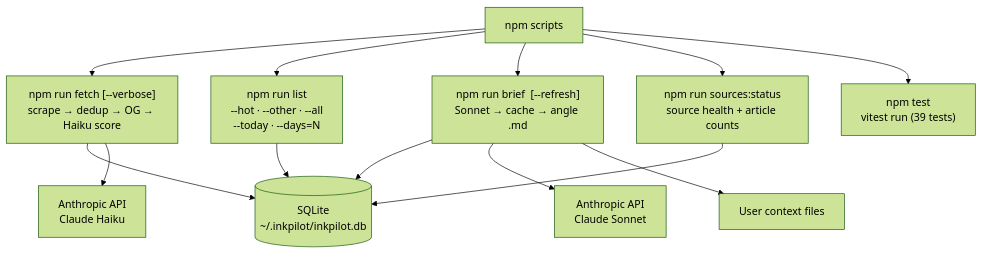
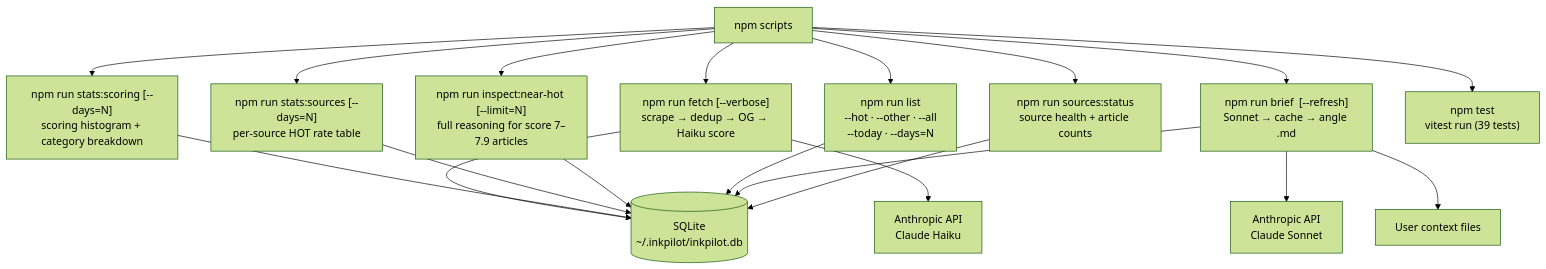
The second of 5 diagrams in PROJECT_OVERVIEW.md (hoanghieu512/InkPilot), drawn with Mermaid (forest theme) before and after one commit. The commit also changed other lines of this file and 11 other files, not shown here.

````diff
--- a/PROJECT_OVERVIEW.md
+++ b/PROJECT_OVERVIEW.md
@@ -148,17 +159,23 @@
 ```mermaid
 flowchart TB
   CLI["npm scripts"]
   CLI --> FETCH["npm run fetch [--verbose]\nscrape → dedup → OG → Haiku score"]
   CLI --> LIST["npm run list\n--hot · --other · --all\n--today · --days=N"]
   CLI --> BRIEF["npm run brief <id> [--refresh]\nSonnet → cache → angle .md"]
   CLI --> STATUS["npm run sources:status\nsource health + article counts"]
+  CLI --> STATS_S["npm run stats:scoring [--days=N]\nscoring histogram + category breakdown"]
+  CLI --> STATS_SRC["npm run stats:sources [--days=N]\nper-source HOT rate table"]
+  CLI --> INSPECT["npm run inspect:near-hot [--limit=N]\nfull reasoning for score 7–7.9 articles"]
   CLI --> TEST["npm test\nvitest run (39 tests)"]
 
   FETCH --> DB[("SQLite\n~/.inkpilot/inkpilot.db")]
+  STATS_S --> DB
+  STATS_SRC --> DB
+  INSPECT --> DB
   FETCH --> AN_H["Anthropic API\nClaude Haiku"]
   LIST --> DB
   BRIEF --> DB
   BRIEF --> AN_S["Anthropic API\nClaude Sonnet"]
   BRIEF --> UC["User context files"]
   STATUS --> DB
 ```
````
